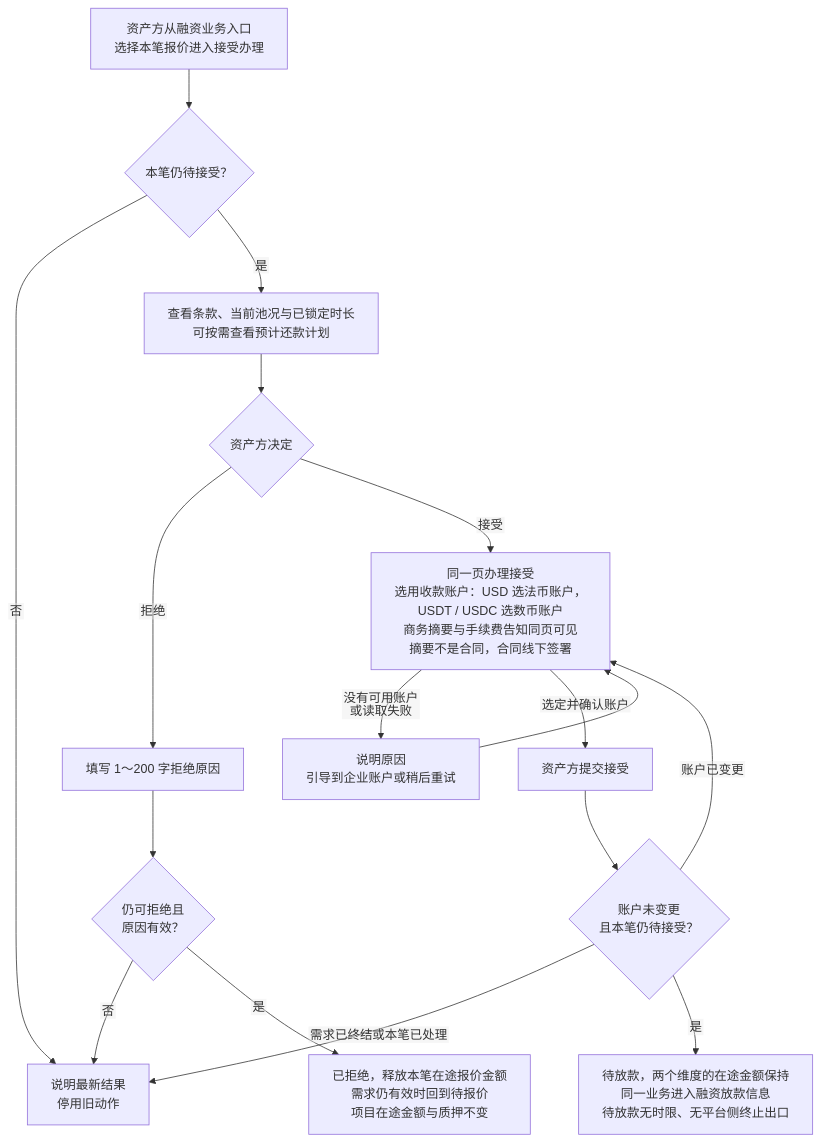
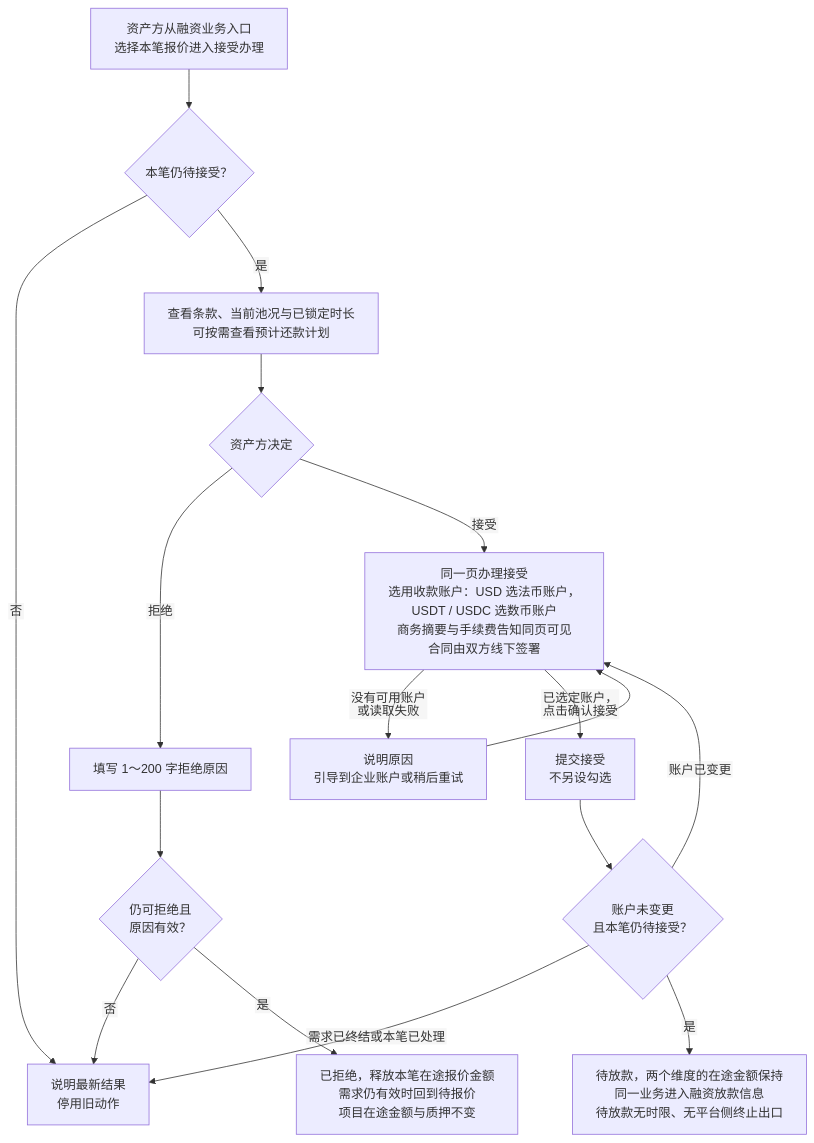
One commit to wxblockchain/Chain-Financing changed the second of 8 diagrams in lending-platform/PRD/面客端/06-借贷广场-授信报价与接受拒绝/02-授信报价与接受拒绝-流程图与状态机.md. Above: the diagram before and after it, drawn with Mermaid. The commit also changed other lines of this file and 2 other files, not shown here.

Commit message:
docs(06-授信报价): 确认接受改为直接提交，关闭 Q-CR-16
- 确认页删除“本摘要不是合同”说明、复制/打印摘要与勾选确认，点击确认接受即提交
- 保留预先带出账户，补充选项须以备注名区分
- 新增 Q-CR-17 记录直接确认后的两项剩余风险
- 同步 02 流程图/状态机与 AC-CR-74、AC-CR-78

````diff
--- a/lending-platform/PRD/面客端/06-借贷广场-授信报价与接受拒绝/02-授信报价与接受拒绝-流程图与状态机.md
+++ b/lending-platform/PRD/面客端/06-借贷广场-授信报价与接受拒绝/02-授信报价与接受拒绝-流程图与状态机.md
@@ -50,20 +50,20 @@
 ```mermaid
 %%{init: {"flowchart": {"htmlLabels": false, "wrappingWidth": 400}}}%%
 flowchart TD
   A["资产方从融资业务入口<br/>选择本笔报价进入接受办理"] --> B{"本笔仍待接受？"}
   B -->|"否"| X["说明最新结果<br/>停用旧动作"]
   B -->|"是"| C["查看条款、当前池况与已锁定时长<br/>可按需查看预计还款计划"]
   C --> D{"资产方决定"}
   D -->|"拒绝"| R["填写 1～200 字拒绝原因"]
   R --> R1{"仍可拒绝且<br/>原因有效？"}
   R1 -->|"否"| X
   R1 -->|"是"| R2["已拒绝，释放本笔在途报价金额<br/>需求仍有效时回到待报价<br/>项目在途金额与质押不变"]
-  D -->|"接受"| E["同一页办理接受<br/>选用收款账户：USD 选法币账户，<br/>USDT / USDC 选数币账户<br/>商务摘要与手续费告知同页可见<br/>摘要不是合同，合同线下签署"]
+  D -->|"接受"| E["同一页办理接受<br/>选用收款账户：USD 选法币账户，<br/>USDT / USDC 选数币账户<br/>商务摘要与手续费告知同页可见<br/>合同由双方线下签署"]
   E -->|"没有可用账户<br/>或读取失败"| E1["说明原因<br/>引导到企业账户或稍后重试"]
   E1 --> E
-  E -->|"选定并确认账户"| J["资产方提交接受"]
+  E -->|"已选定账户，<br/>点击确认接受"| J["提交接受<br/>不另设勾选"]
   J --> K{"账户未变更<br/>且本笔仍待接受？"}
   K -->|"需求已终结或本笔已处理"| X
   K -->|"账户已变更"| E
   K -->|"是"| L["待放款，两个维度的在途金额保持<br/>同一业务进入融资放款信息<br/>待放款无时限、无平台侧终止出口"]
 ```
````
